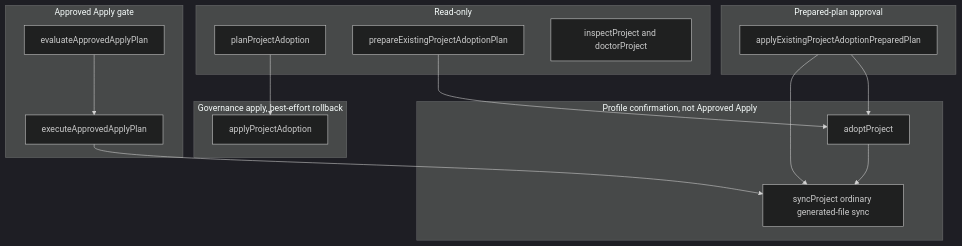
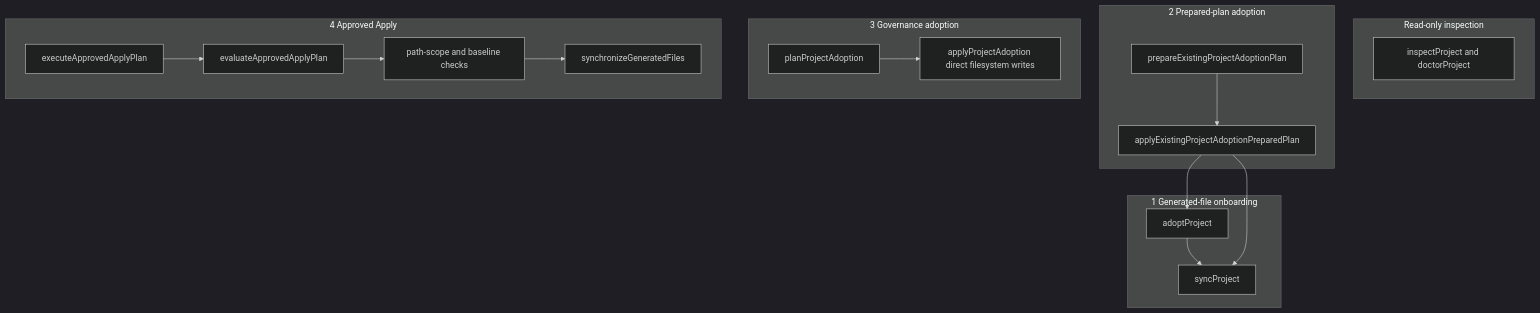
The diagram in docs/designs/p1i3-existing-project-adoption/trust-boundaries.mmd (vitala89/Intentloom), drawn with Mermaid (dark theme) before and after one commit. The commit also changed 3 other files, not shown here.

First line of the commit message:
docs(architecture): correct P1I.3 trust and rollback diagrams

```diff
--- a/docs/designs/p1i3-existing-project-adoption/trust-boundaries.mmd
+++ b/docs/designs/p1i3-existing-project-adoption/trust-boundaries.mmd
@@ -1,27 +1,30 @@
 flowchart TB
-  subgraph readOnly ["Read-only"]
-    planGov["planProjectAdoption"]
-    preview["prepareExistingProjectAdoptionPlan"]
+  subgraph readOnly ["Read-only inspection"]
     inspect["inspectProject and doctorProject"]
   end
-  subgraph confirm ["Profile confirmation, not Approved Apply"]
+  subgraph onboarding ["1 Generated-file onboarding"]
     adopt["adoptProject"]
-    sync["syncProject ordinary generated-file sync"]
+    sync["syncProject"]
+    adopt --> sync
   end
-  subgraph prepared ["Prepared-plan approval"]
+  subgraph prepared ["2 Prepared-plan adoption"]
+    preview["prepareExistingProjectAdoptionPlan"]
     preparedApply["applyExistingProjectAdoptionPreparedPlan"]
+    preview --> preparedApply
+    preparedApply --> adopt
+    preparedApply --> sync
   end
-  subgraph governanceWrite ["Governance apply, best-effort rollback"]
-    govApply["applyProjectAdoption"]
+  subgraph governance ["3 Governance adoption"]
+    planGov["planProjectAdoption"]
+    govApply["applyProjectAdoption direct filesystem writes"]
+    planGov --> govApply
   end
-  subgraph approved ["Approved Apply gate"]
+  subgraph approved ["4 Approved Apply"]
+    engine["executeApprovedApplyPlan"]
     gate["evaluateApprovedApplyPlan"]
-    engine["executeApprovedApplyPlan"]
+    checks["path-scope and baseline checks"]
+    dispatcher["synchronizeGeneratedFiles"]
+    engine --> gate
+    gate --> checks
+    checks --> dispatcher
   end
-  preview --> adopt
-  adopt --> sync
-  preparedApply --> adopt
-  preparedApply --> sync
-  planGov --> govApply
-  gate --> engine
-  engine --> sync
```
